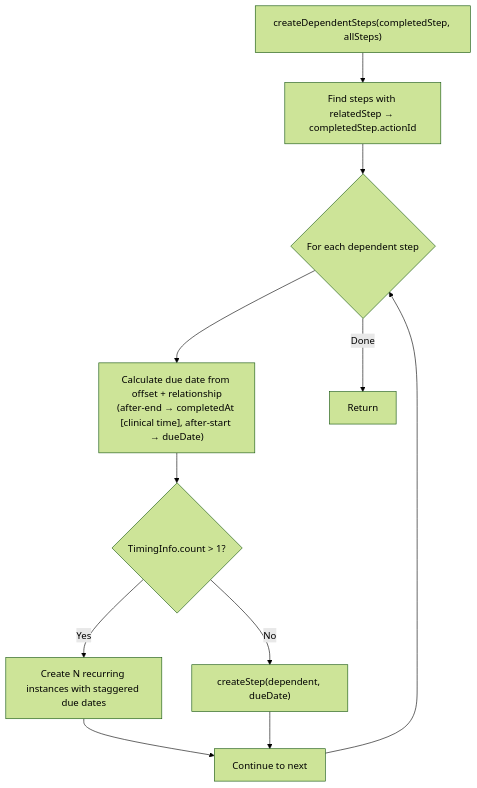
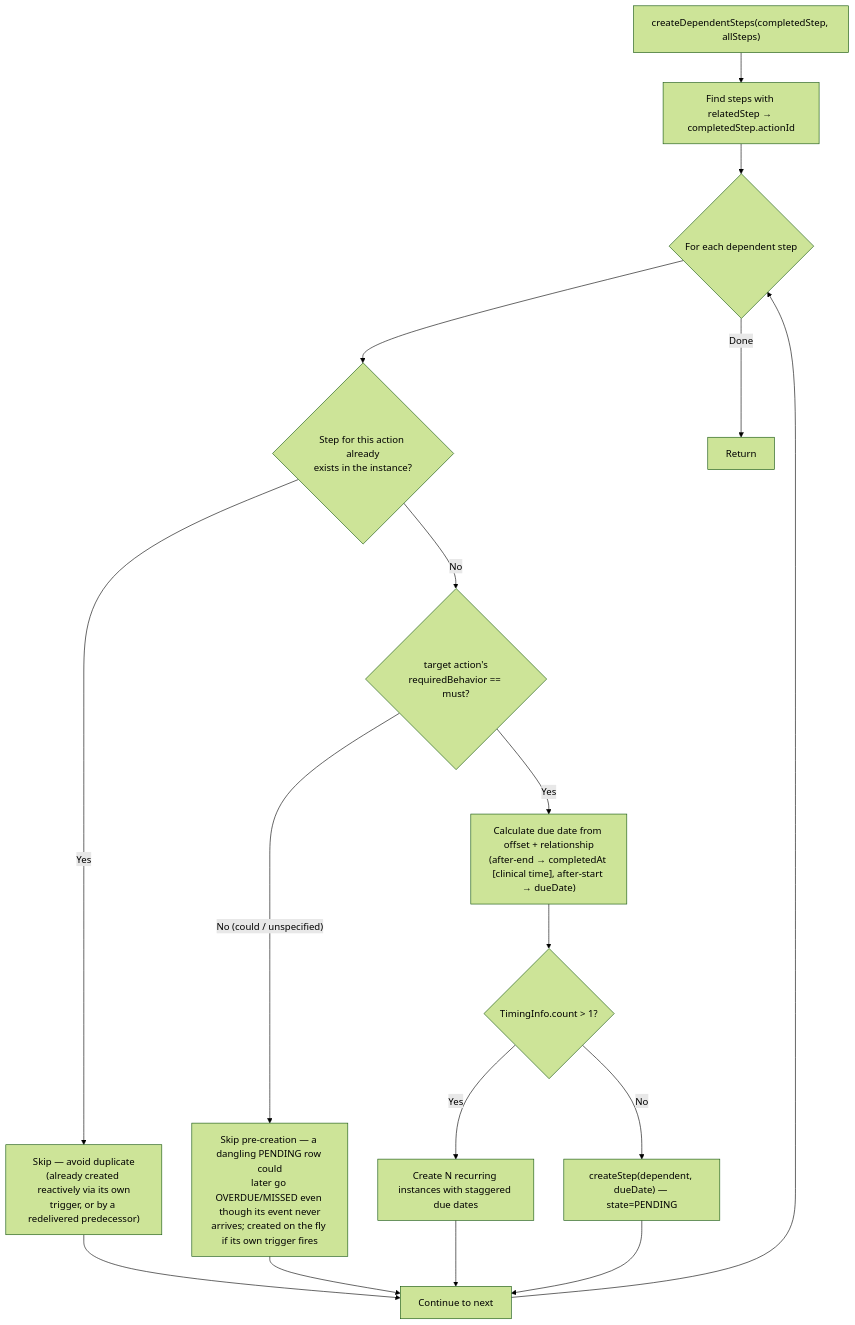
One commit to Jayaprakash8887/cce-compliance-service changed diagram 11 of 12 in docs/flow-diagrams.md. Above: the diagram before and after it, drawn with Mermaid (forest theme). The commit also changed other lines of this file and 8 other files, not shown here.

Commit message:
protocol instance creation bug fix

````diff
--- a/docs/flow-diagrams.md
+++ b/docs/flow-diagrams.md
@@ -519,15 +538,21 @@
 ```mermaid
 flowchart TD
     START["createDependentSteps(completedStep, allSteps)"] --> FIND["Find steps with relatedStep → completedStep.actionId"]
     FIND --> LOOP{"For each dependent step"}
-    LOOP --> CALC["Calculate due date from offset + relationship<br/>(after-end → completedAt [clinical time], after-start → dueDate)"]
+    LOOP --> DEDUP{"Step for this action already<br/>exists in the instance?"}
+    DEDUP -->|"Yes"| SKIP["Skip — avoid duplicate<br/>(already created reactively via its own<br/>trigger, or by a redelivered predecessor)"]
+    DEDUP -->|"No"| MUST{"target action's<br/>requiredBehavior == must?"}
+    MUST -->|"No (could / unspecified)"| SKIP2["Skip pre-creation — a dangling PENDING row could<br/>later go OVERDUE/MISSED even though its event never<br/>arrives; created on the fly if its own trigger fires"]
+    MUST -->|"Yes"| CALC["Calculate due date from offset + relationship<br/>(after-end → completedAt [clinical time], after-start → dueDate)"]
     CALC --> RECURRING{"TimingInfo.count > 1?"}
 
     RECURRING -->|"Yes"| MULTI["Create N recurring instances with staggered due dates"]
-    RECURRING -->|"No"| SINGLE["createStep(dependent, dueDate)"]
+    RECURRING -->|"No"| SINGLE["createStep(dependent, dueDate) — state=PENDING"]
 
     MULTI --> NEXT["Continue to next"]
     SINGLE --> NEXT
+    SKIP --> NEXT
+    SKIP2 --> NEXT
     NEXT --> LOOP
     LOOP -->|"Done"| END["Return"]
 ```
````
